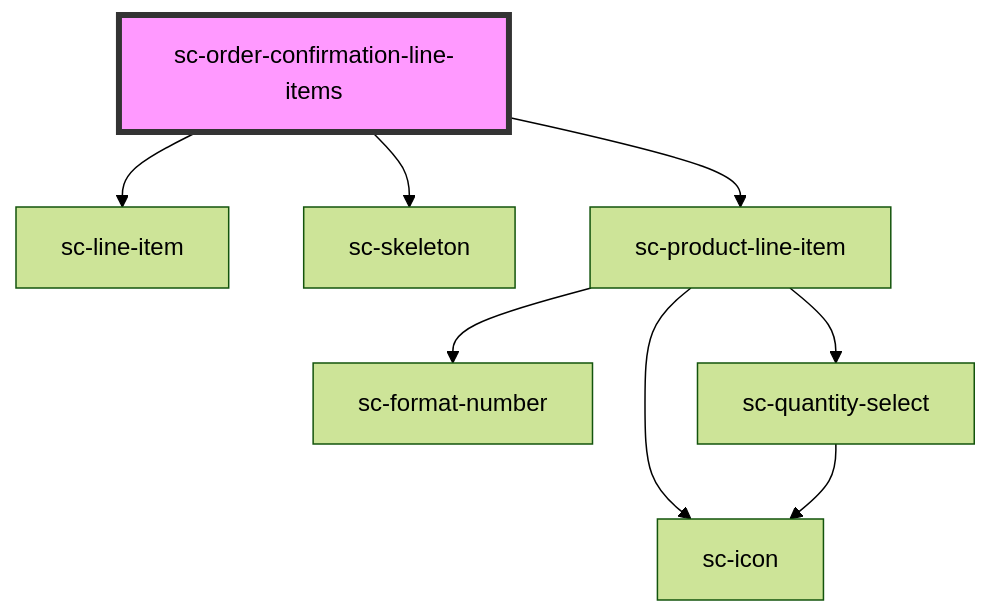
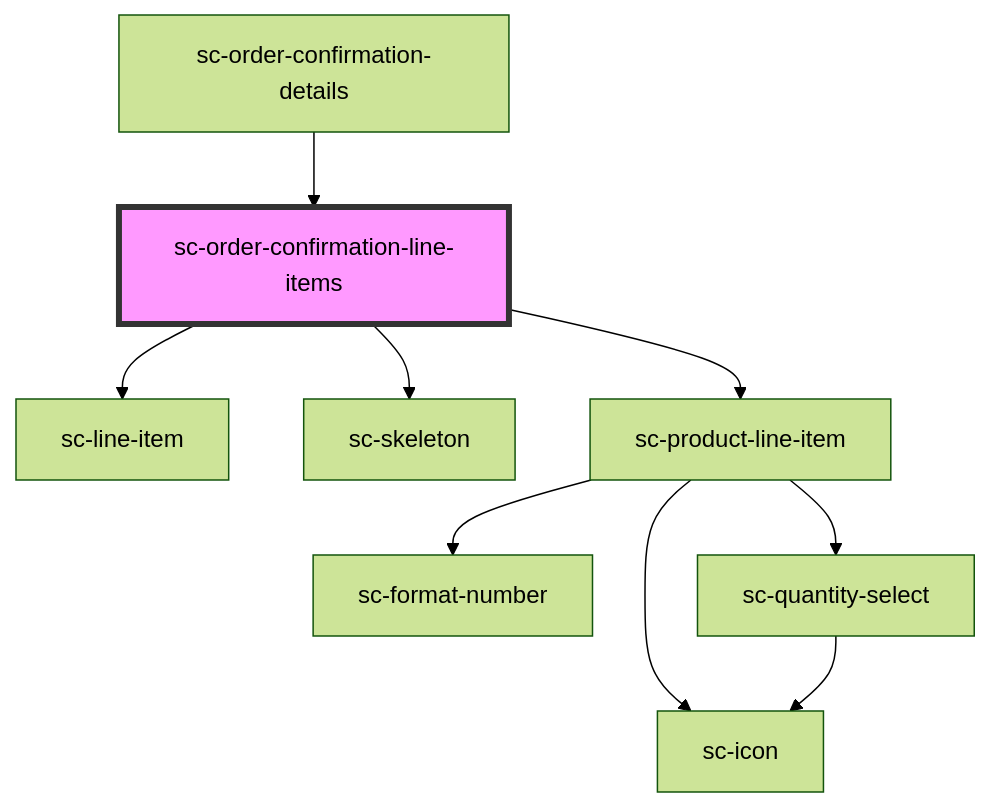
The diagram in packages/components/src/components/controllers/confirmation/order-confirmation-line-items/readme.md (surecart/surecart-wp-plugin), drawn with Mermaid (forest theme) before and after one commit. The commit also changed other lines of this file and 15 other files, not shown here.

Commit message:
Better loading state for order confirmation details.

````diff
--- a/packages/components/src/components/controllers/confirmation/order-confirmation-line-items/readme.md
+++ b/packages/components/src/components/controllers/confirmation/order-confirmation-line-items/readme.md
@@ -32,11 +36,12 @@
 ```mermaid
 graph TD;
   sc-order-confirmation-line-items --> sc-line-item
   sc-order-confirmation-line-items --> sc-skeleton
   sc-order-confirmation-line-items --> sc-product-line-item
   sc-product-line-item --> sc-format-number
   sc-product-line-item --> sc-quantity-select
   sc-product-line-item --> sc-icon
   sc-quantity-select --> sc-icon
+  sc-order-confirmation-details --> sc-order-confirmation-line-items
   style sc-order-confirmation-line-items fill:#f9f,stroke:#333,stroke-width:4px
 ```
````
